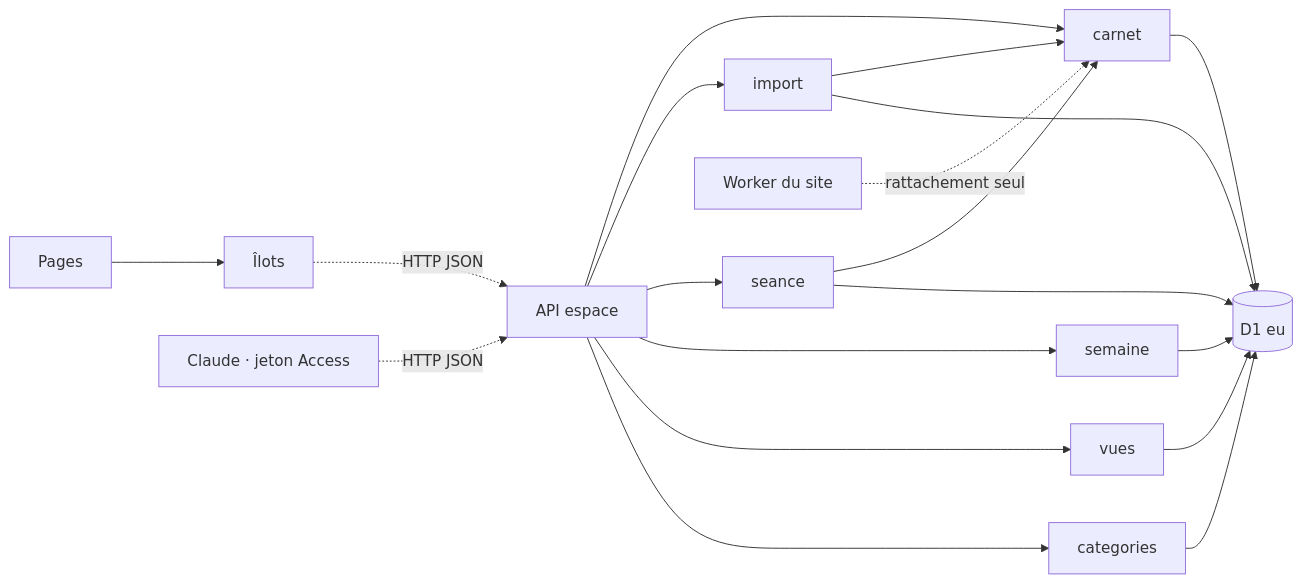
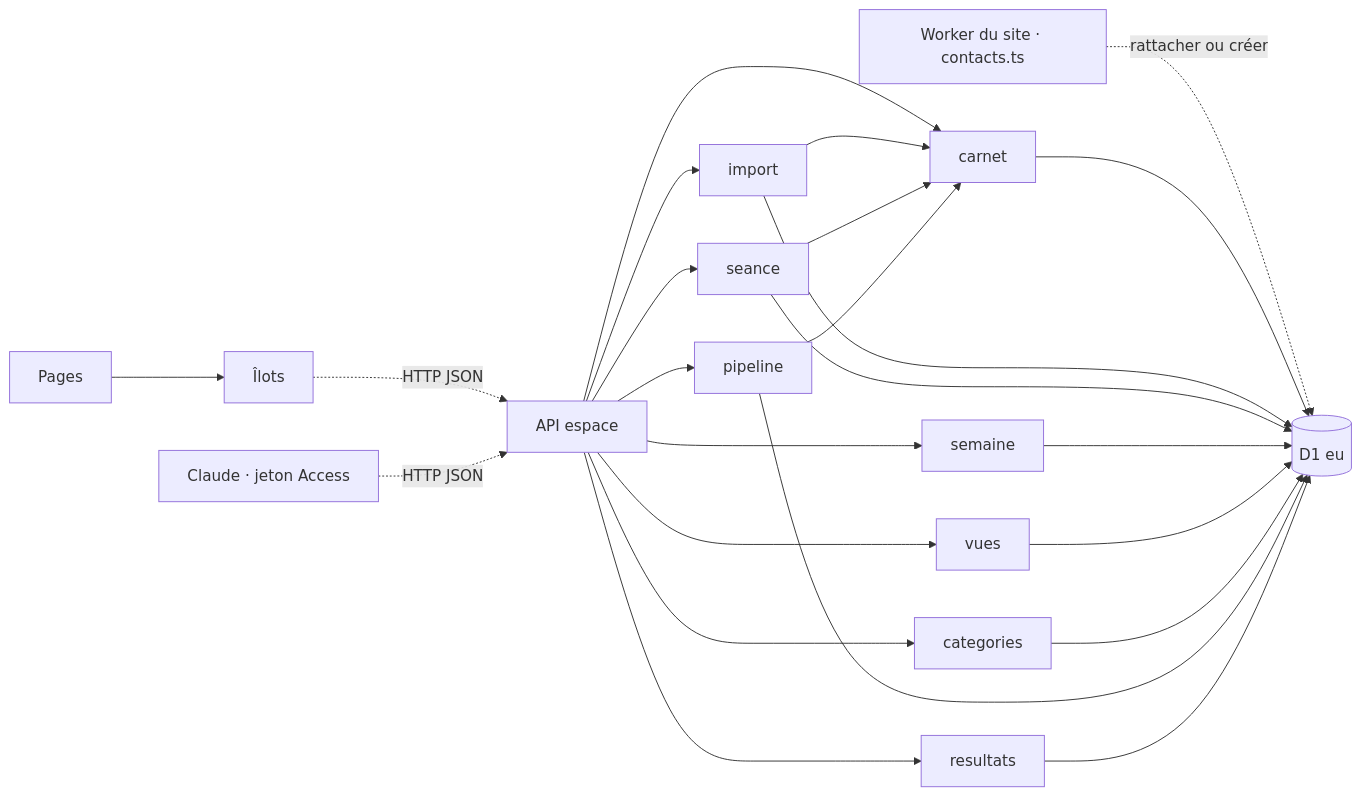
Before and after one commit to jbcholat-Dev/Anne-Immo---Website: the first of 2 diagrams in _bmad-output/planning-artifacts/architecture/architecture-espace-anne-2026-11-01/ARCHITECTURE-SPINE.md, drawn with Mermaid. The commit also changed other lines of this file and 4 other files, not shown here.

First line of the commit message:
Espace d'Anne : spine d'architecture v2 après relecture adverse, et Maj + clic pour sélectionner une plage de contacts (PRD FR-4, maquette)

````diff
--- a/_bmad-output/planning-artifacts/architecture/architecture-espace-anne-2026-11-01/ARCHITECTURE-SPINE.md
+++ b/_bmad-output/planning-artifacts/architecture/architecture-espace-anne-2026-11-01/ARCHITECTURE-SPINE.md
@@ -51,21 +52,26 @@
 ```mermaid
 graph LR
   P[Pages] --> I[Îlots]
   I -. HTTP JSON .-> A[API espace]
   CL[Claude · jeton Access] -. HTTP JSON .-> A
   A --> CA[carnet]
   A --> IM[import]
   A --> SE[seance]
   A --> SM[semaine]
   A --> VU[vues]
   A --> CT[categories]
+  A --> PI[pipeline]
+  A --> RE[resultats]
   IM --> CA
   SE --> CA
-  SITE[Worker du site] -. rattachement seul .-> CA
+  PI --> CA
+  SITE[Worker du site · contacts.ts] -. rattacher ou créer .-> D1
   CA --> D1[(D1 eu)]
   IM --> D1
   SE --> D1
   SM --> D1
   VU --> D1
   CT --> D1
+  PI --> D1
+  RE --> D1
 ```
````
